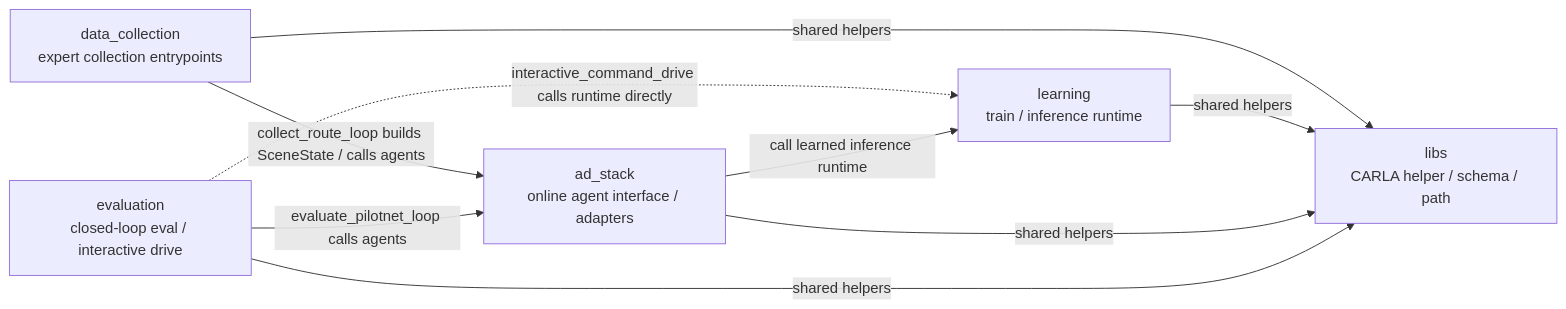
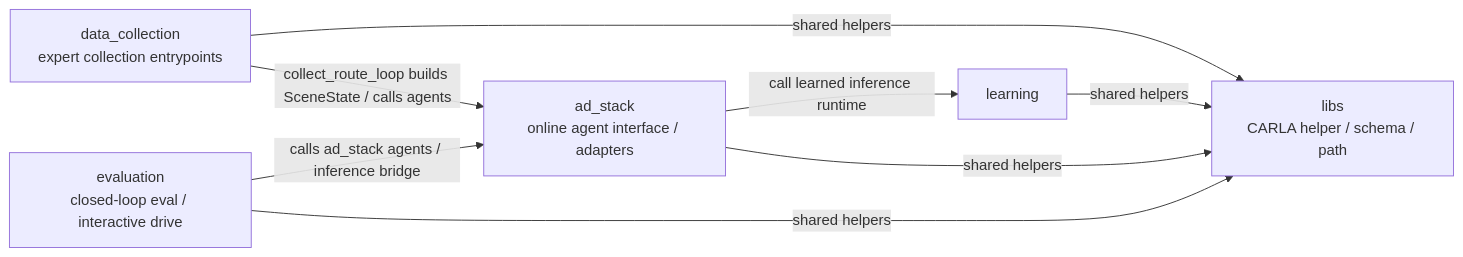
Before and after one commit to masahiro-kubota/carla_alpamayo: the diagram in docs/DIRECTORY_RELATIONSHIPS.md, drawn with Mermaid. The commit also changed other lines of this file and 36 other files, not shown here.

````diff
--- a/docs/DIRECTORY_RELATIONSHIPS.md
+++ b/docs/DIRECTORY_RELATIONSHIPS.md
@@ -12,13 +12,12 @@
 ```mermaid
 flowchart LR
   data_collection["data_collection<br/>expert collection entrypoints"] -->|collect_route_loop builds SceneState / calls agents| ad_stack["ad_stack<br/>online agent interface / adapters"]
-  evaluation["evaluation<br/>closed-loop eval / interactive drive"] -->|evaluate_pilotnet_loop calls agents| ad_stack
-  evaluation -.interactive_command_drive calls runtime directly.-> learning["learning<br/>train / inference runtime"]
+  evaluation["evaluation<br/>closed-loop eval / interactive drive"] -->|calls ad_stack agents / inference bridge| ad_stack
 
   ad_stack -->|call learned inference runtime| learning
 
   data_collection -->|shared helpers| libs["libs<br/>CARLA helper / schema / path"]
   learning -->|shared helpers| libs
   ad_stack -->|shared helpers| libs
   evaluation -->|shared helpers| libs
 ```
````
